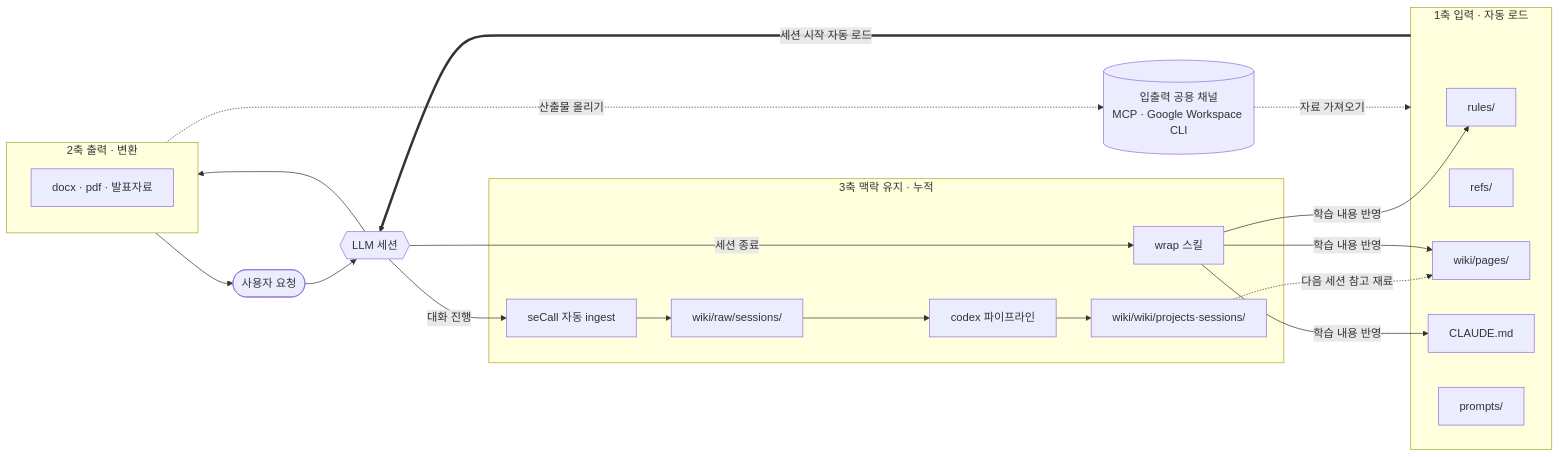
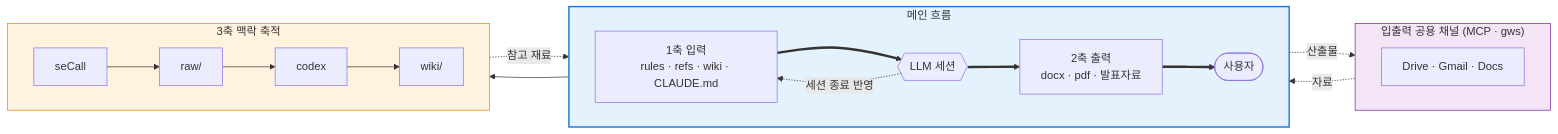
One commit to henry-1981/context-first-harness changed the fourth of 4 diagrams in README.md. Above: the diagram before and after it, drawn with Mermaid.

Commit message:
docs(readme): workflow mermaid를 3-lane 구조로 재구성 (가시성 개선)

````diff
--- a/README.md
+++ b/README.md
@@ -109,41 +109,30 @@
 ```mermaid
 flowchart LR
-    user([사용자 요청]) --> llm{{LLM 세션}}
-
-    subgraph axis1 ["1축 입력 · 자동 로드"]
-        rules[rules/]
-        refs[refs/]
-        wiki_p[wiki/pages/]
-        claude[CLAUDE.md]
-        prompts[prompts/]
+    subgraph channel_row ["입출력 공용 채널 (MCP · gws)"]
+        direction LR
+        channel[Drive · Gmail · Docs]
     end
 
-    subgraph axis2 ["2축 출력 · 변환"]
-        out[docx · pdf · 발표자료]
+    subgraph main_row ["메인 흐름"]
+        direction LR
+        axis1["1축 입력<br/>rules · refs · wiki · CLAUDE.md"] ==> llm{{LLM 세션}} ==> axis2["2축 출력<br/>docx · pdf · 발표자료"] ==> user([사용자])
     end
 
-    subgraph axis3 ["3축 맥락 유지 · 누적"]
-        secall[seCall 자동 ingest]
-        raw[wiki/raw/sessions/]
-        codex[codex 파이프라인]
-        processed[wiki/wiki/projects·sessions/]
-        wrap[wrap 스킬]
+    subgraph accum_row ["3축 맥락 축적"]
+        direction LR
+        secall[seCall] --> raw[raw/] --> codex[codex] --> processed[wiki/]
     end
 
-    channel[("입출력 공용 채널<br/>MCP · Google Workspace CLI")]
+    channel -.자료.-> axis1
+    axis2 -.산출물.-> channel
+    llm --> secall
+    processed -.참고 재료.-> axis1
+    llm -.세션 종료 반영.-> axis1
 
-    axis1 ==>|세션 시작 자동 로드| llm
-    llm --> axis2 --> user
-
-    channel -.자료 가져오기.-> axis1
-    axis2 -.산출물 올리기.-> channel
-
-    llm -->|대화 진행| secall
-    secall --> raw --> codex --> processed
-    processed -.다음 세션 참고 재료.-> wiki_p
-
-    llm -->|세션 종료| wrap
-    wrap -->|학습 내용 반영| rules
-    wrap -->|학습 내용 반영| claude
-    wrap -->|학습 내용 반영| wiki_p
+    classDef channelStyle fill:#f3e5f5,stroke:#7b1fa2
+    classDef mainStyle fill:#e3f2fd,stroke:#1976d2,stroke-width:2px
+    classDef accumStyle fill:#fff3e0,stroke:#f57c00
+    class channel_row channelStyle
+    class main_row mainStyle
+    class accum_row accumStyle
 ```
````
